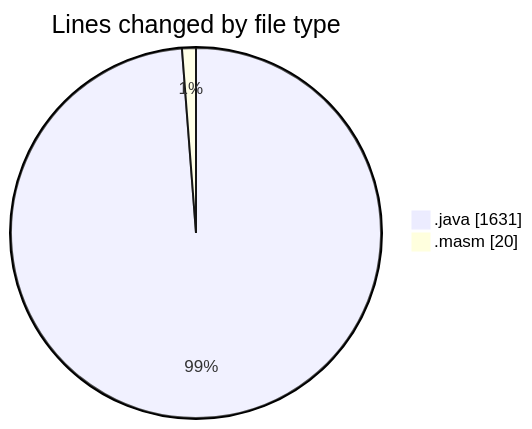
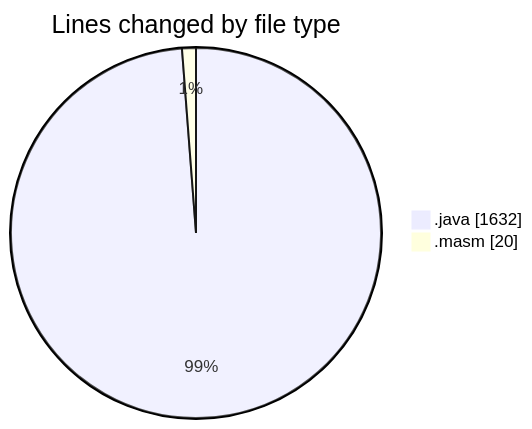
One commit to charlie-sans/code-tracking changed the first of 2 diagrams in 2025-02-19/masm/README.md. Above: the diagram before and after it, drawn with Mermaid. The commit also changed other lines of this file and 1 other file, not shown here.

````diff
--- a/2025-02-19/masm/README.md
+++ b/2025-02-19/masm/README.md
@@ -23,6 +23,6 @@
 ```mermaid
 pie showData
 title Lines changed by file type
-".java" : 1631
+".java" : 1632
 ".masm" : 20
 ```
````
